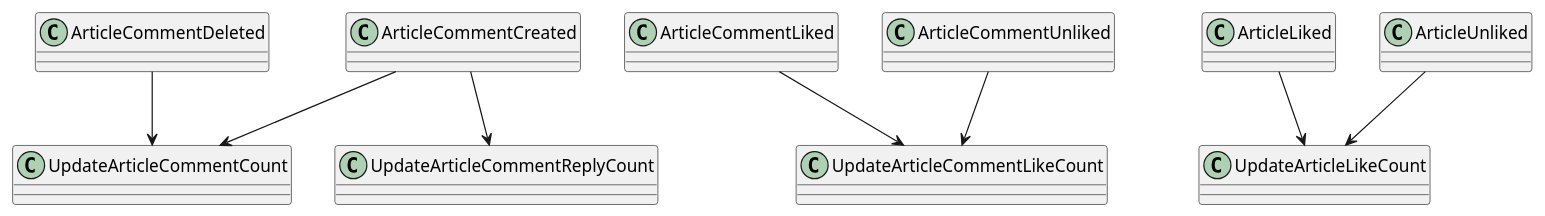
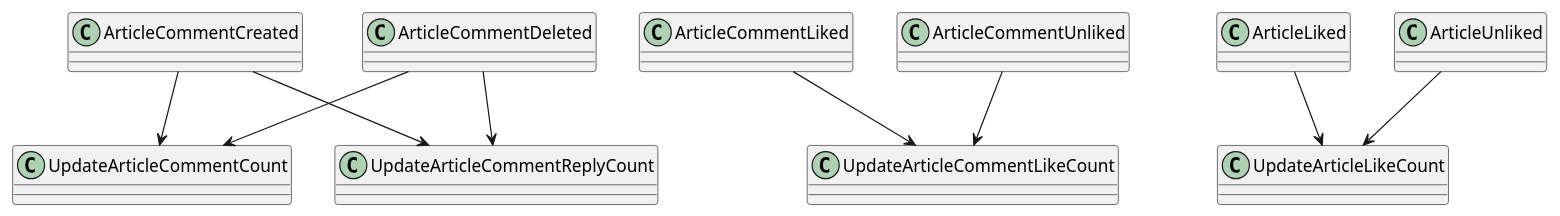
Before and after one commit to LDmoxeii/only4-KSP-cap4j: the diagram in design/domain/article/relationEC.puml, drawn with PlantUML. The commit also changed 78 other files, not shown here.

```diff
--- a/design/domain/article/relationEC.puml
+++ b/design/domain/article/relationEC.puml
@@ -1,9 +1,10 @@
 @startuml
 ArticleCommentCreated       -down-> UpdateArticleCommentCount
 ArticleCommentCreated       -down-> UpdateArticleCommentReplyCount
 ArticleCommentDeleted       -down-> UpdateArticleCommentCount
+ArticleCommentDeleted       -down-> UpdateArticleCommentReplyCount
 ArticleCommentLiked         -down-> UpdateArticleCommentLikeCount
 ArticleCommentUnliked       -down-> UpdateArticleCommentLikeCount
 ArticleLiked                -down-> UpdateArticleLikeCount
 ArticleUnliked              -down-> UpdateArticleLikeCount
 @enduml
```
